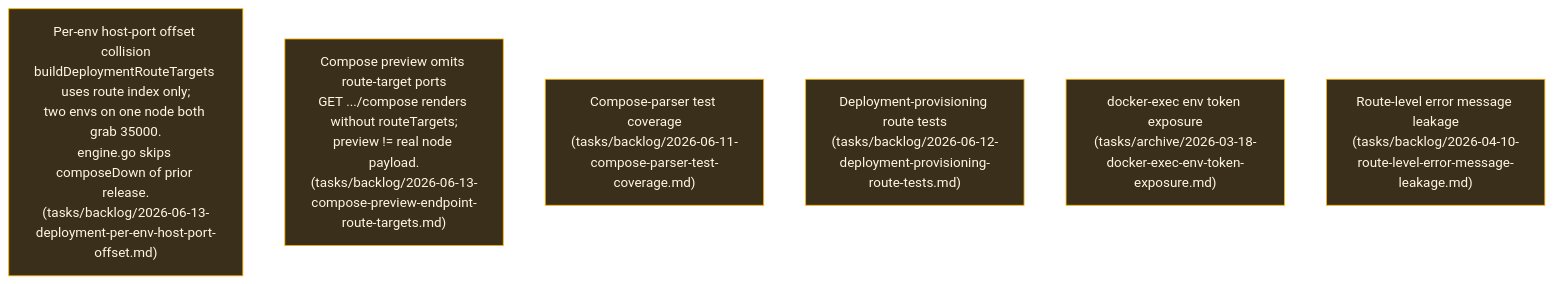
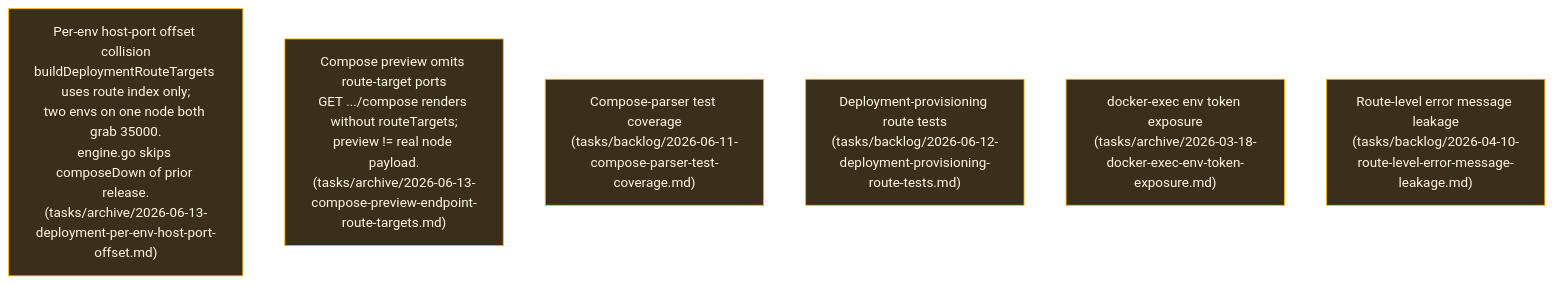
One commit to raphaeltm/simple-agent-manager changed the third of 3 diagrams in tasks/archive/2026-06-13-app-deployment-system-status.md. Above: the diagram before and after it, drawn with Mermaid (forest theme). The commit also changed 5 other files, not shown here.

First line of the commit message:
chore(tasks): remove five shipped batch-06 backlog entries

````diff
--- a/tasks/archive/2026-06-13-app-deployment-system-status.md
+++ b/tasks/archive/2026-06-13-app-deployment-system-status.md
@@ -70,10 +70,10 @@
 ```mermaid
 flowchart TD
-    A["Per-env host-port offset collision<br/>buildDeploymentRouteTargets uses route index only;<br/>two envs on one node both grab 35000.<br/>engine.go skips composeDown of prior release.<br/>(tasks/backlog/2026-06-13-deployment-per-env-host-port-offset.md)"]:::open
-    B["Compose preview omits route-target ports<br/>GET .../compose renders without routeTargets;<br/>preview != real node payload.<br/>(tasks/backlog/2026-06-13-compose-preview-endpoint-route-targets.md)"]:::open
+    A["Per-env host-port offset collision<br/>buildDeploymentRouteTargets uses route index only;<br/>two envs on one node both grab 35000.<br/>engine.go skips composeDown of prior release.<br/>(tasks/archive/2026-06-13-deployment-per-env-host-port-offset.md)"]:::open
+    B["Compose preview omits route-target ports<br/>GET .../compose renders without routeTargets;<br/>preview != real node payload.<br/>(tasks/archive/2026-06-13-compose-preview-endpoint-route-targets.md)"]:::open
     C["Compose-parser test coverage<br/>(tasks/backlog/2026-06-11-compose-parser-test-coverage.md)"]:::open
     D["Deployment-provisioning route tests<br/>(tasks/backlog/2026-06-12-deployment-provisioning-route-tests.md)"]:::open
     E["docker-exec env token exposure<br/>(tasks/archive/2026-03-18-docker-exec-env-token-exposure.md)"]:::open
     F["Route-level error message leakage<br/>(tasks/backlog/2026-04-10-route-level-error-message-leakage.md)"]:::open
     classDef open fill:#3a2f1b,stroke:#ffb300,color:#fff8e1;
 ```
````
